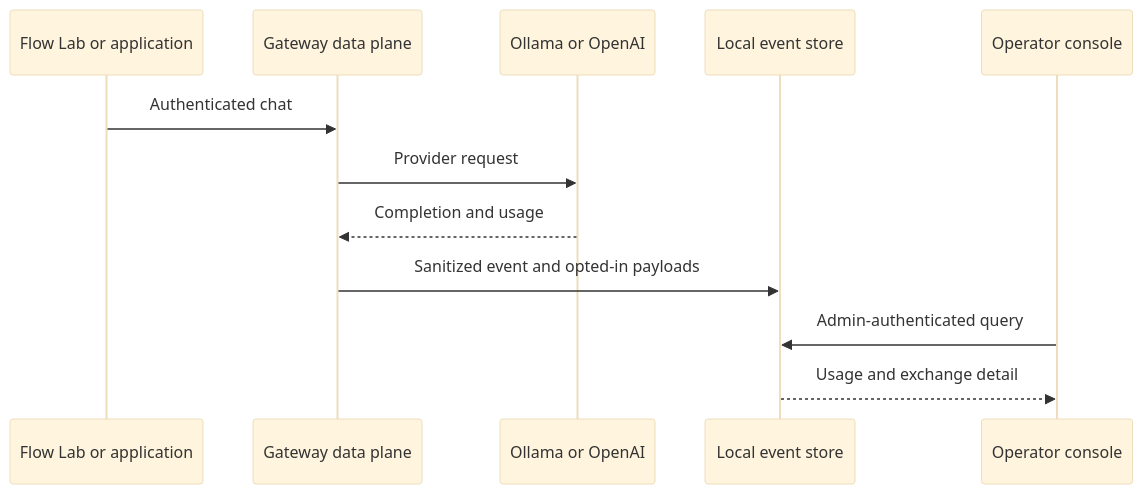
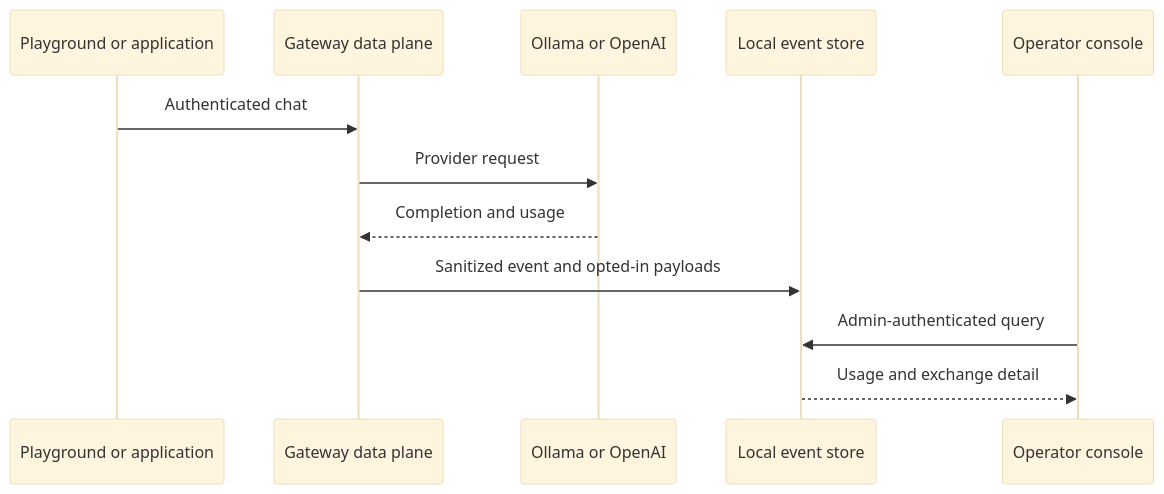
One commit to m87techlabs/m87-ai-gateway changed the diagram in docs/runbooks/control-plane.md. Above: the diagram before and after it, drawn with Mermaid (base theme). The commit also changed other lines of this file and 105 other files, not shown here.

````diff
--- a/docs/runbooks/control-plane.md
+++ b/docs/runbooks/control-plane.md
@@ -28,14 +12,14 @@
 ```mermaid
 sequenceDiagram
-    participant App as Flow Lab or application
+    participant App as Playground or application
     participant Gateway as Gateway data plane
     participant Model as Ollama or OpenAI
     participant Store as Local event store
     participant Console as Operator console
     App->>Gateway: Authenticated chat
     Gateway->>Model: Provider request
     Model-->>Gateway: Completion and usage
     Gateway->>Store: Sanitized event and opted-in payloads
     Console->>Store: Admin-authenticated query
     Store-->>Console: Usage and exchange detail
 ```
````
